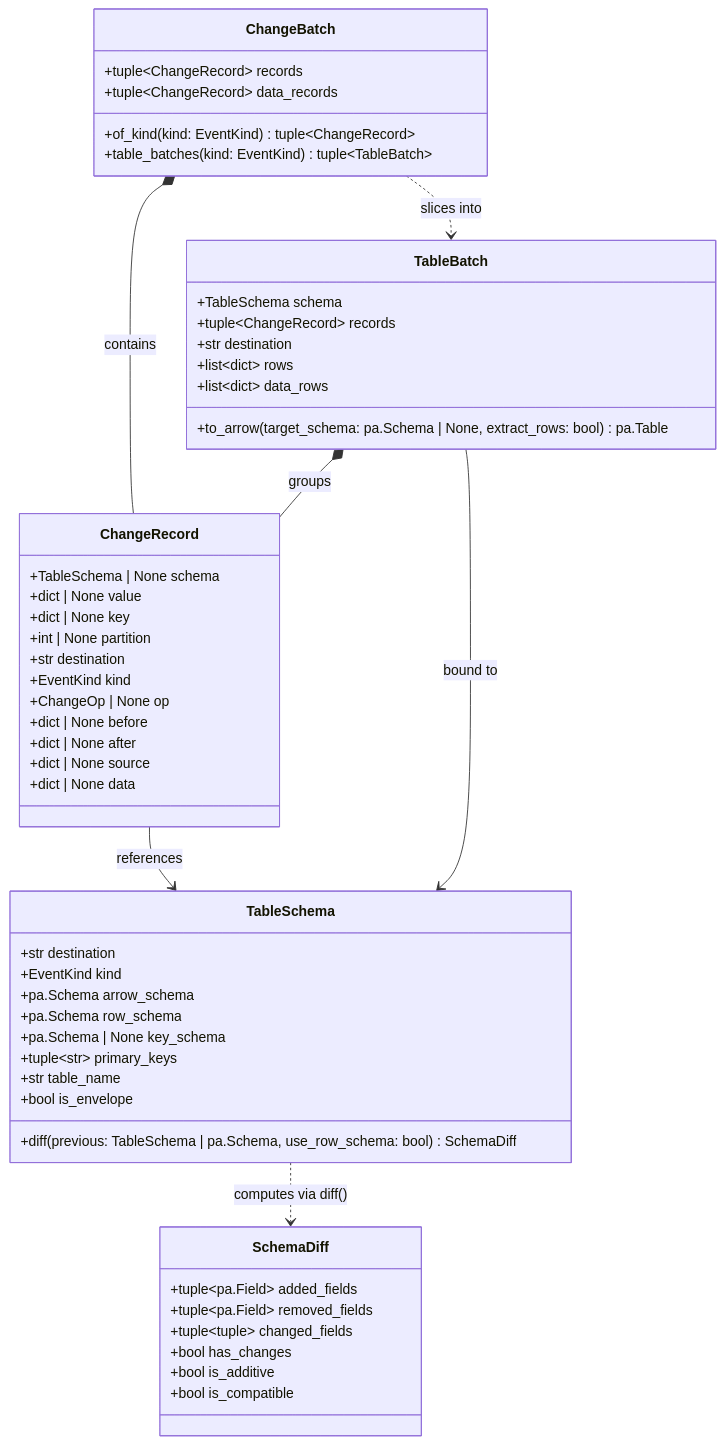
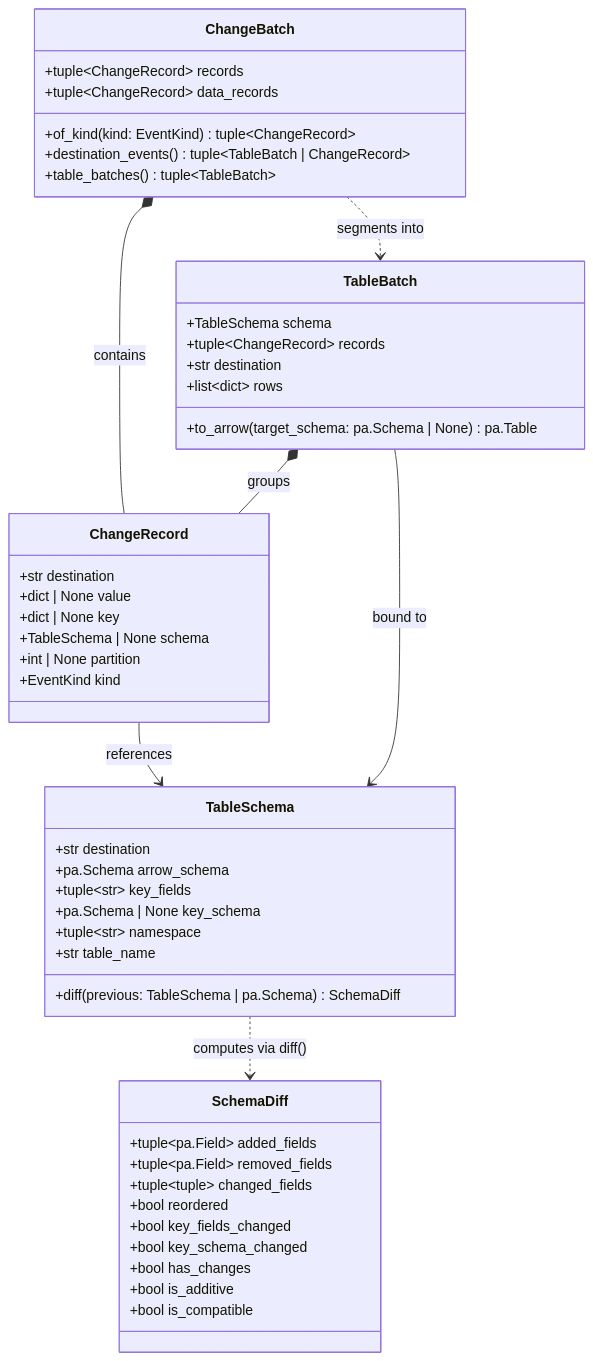
The diagram in docs/schema/models.md (memiiso/pydbzengine), drawn with Mermaid before and after one commit. The commit also changed other lines of this file and 6 other files, not shown here.

Commit message:
docs(schema): align schema subsystem documentation and examples with refactored API

````diff
--- a/docs/schema/models.md
+++ b/docs/schema/models.md
@@ -7,60 +7,56 @@
 ```mermaid
 classDiagram
     class ChangeBatch {
         +tuple~ChangeRecord~ records
         +tuple~ChangeRecord~ data_records
         +of_kind(kind: EventKind) tuple~ChangeRecord~
-        +table_batches(kind: EventKind) tuple~TableBatch~
+        +destination_events() tuple~TableBatch | ChangeRecord~
+        +table_batches() tuple~TableBatch~
     }
 
     class TableBatch {
         +TableSchema schema
         +tuple~ChangeRecord~ records
         +str destination
         +list~dict~ rows
-        +list~dict~ data_rows
-        +to_arrow(target_schema: pa.Schema | None, extract_rows: bool) pa.Table
+        +to_arrow(target_schema: pa.Schema | None) pa.Table
     }
 
     class ChangeRecord {
-        +TableSchema | None schema
+        +str destination
         +dict | None value
         +dict | None key
+        +TableSchema | None schema
         +int | None partition
-        +str destination
         +EventKind kind
-        +ChangeOp | None op
-        +dict | None before
-        +dict | None after
-        +dict | None source
-        +dict | None data
     }
 
     class TableSchema {
         +str destination
-        +EventKind kind
         +pa.Schema arrow_schema
-        +pa.Schema row_schema
+        +tuple~str~ key_fields
         +pa.Schema | None key_schema
-        +tuple~str~ primary_keys
+        +tuple~str~ namespace
         +str table_name
-        +bool is_envelope
-        +diff(previous: TableSchema | pa.Schema, use_row_schema: bool) SchemaDiff
+        +diff(previous: TableSchema | pa.Schema) SchemaDiff
     }
 
     class SchemaDiff {
         +tuple~pa.Field~ added_fields
         +tuple~pa.Field~ removed_fields
         +tuple~tuple~ changed_fields
+        +bool reordered
+        +bool key_fields_changed
+        +bool key_schema_changed
         +bool has_changes
         +bool is_additive
         +bool is_compatible
     }
 
     ChangeBatch *-- ChangeRecord : contains
-    ChangeBatch ..> TableBatch : slices into
+    ChangeBatch ..> TableBatch : segments into
     TableBatch *-- ChangeRecord : groups
     TableBatch --> TableSchema : bound to
     ChangeRecord --> TableSchema : references
     TableSchema ..> SchemaDiff : computes via diff()
 ```
````
